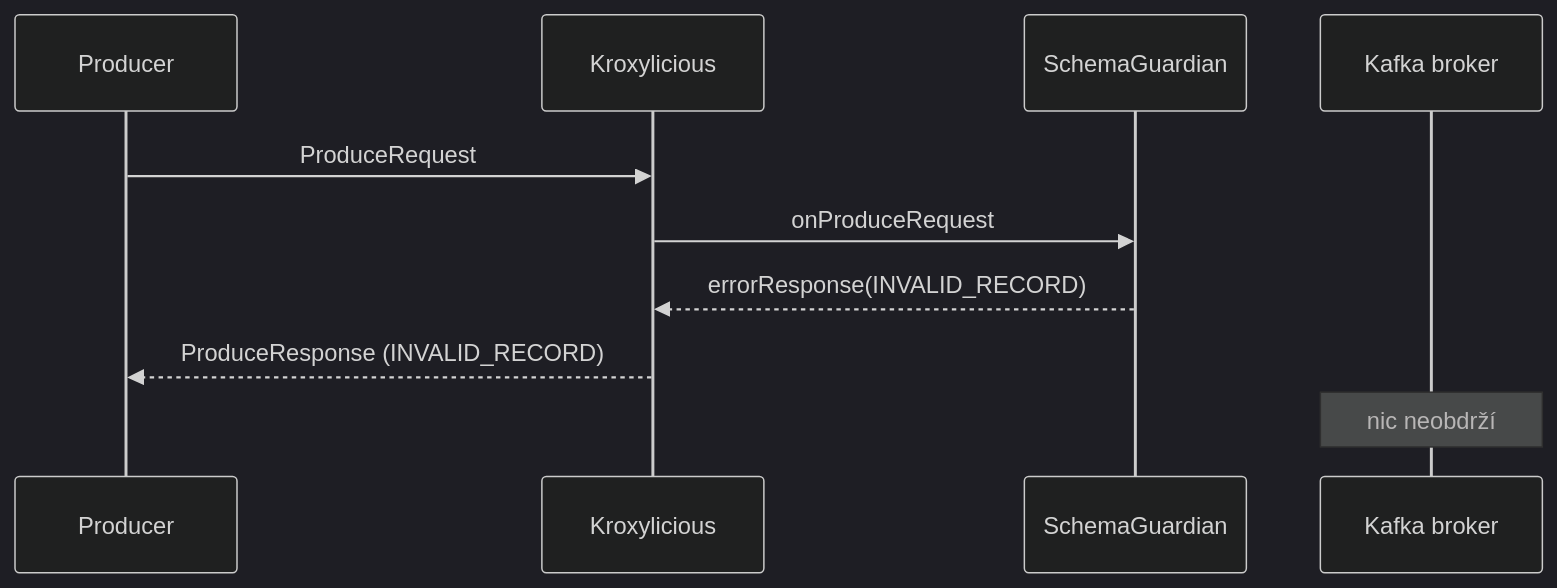
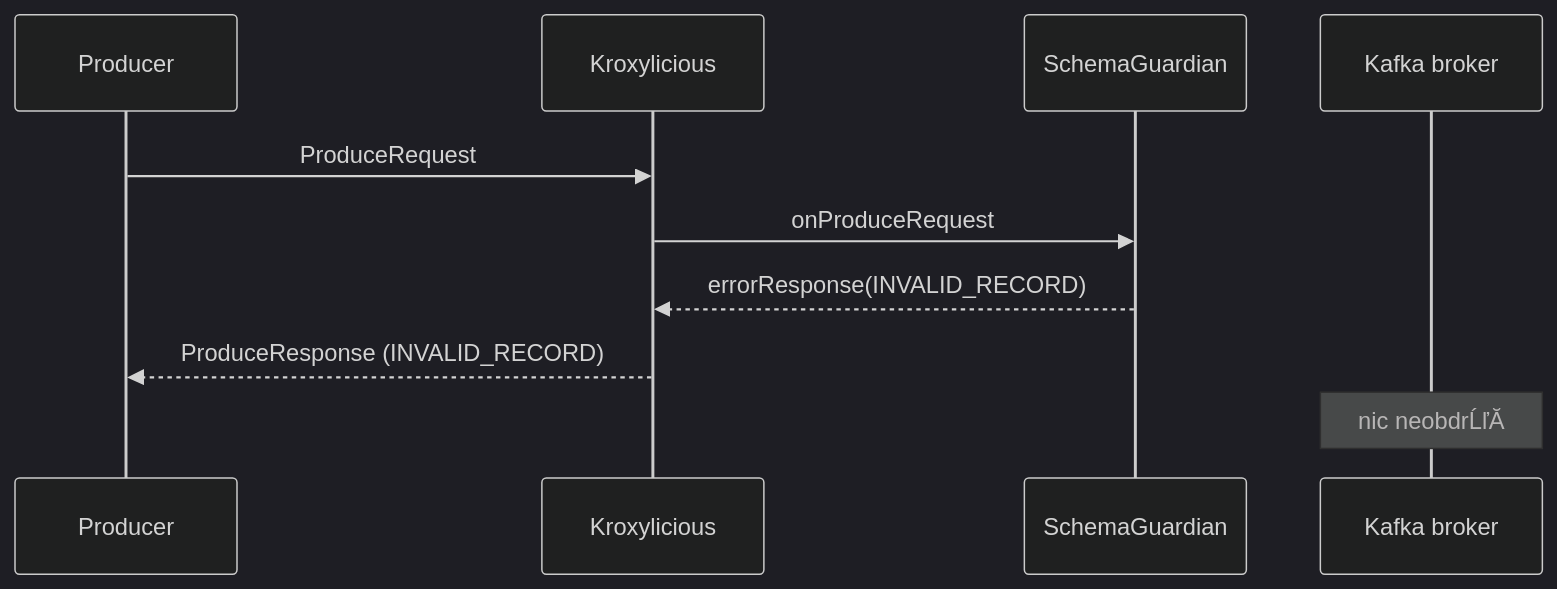
The second of 2 diagrams in README.md (janbracha/kafka-guardian), drawn with Mermaid (dark theme) before and after one commit. The commit also changed other lines of this file and 15 other files, not shown here.

Commit message:
Publish image and Helm chart to Docker Hub from GitHub Actions

````diff
--- a/README.md
+++ b/README.md
@@ -85,12 +85,12 @@
 ```mermaid
 sequenceDiagram
     participant P as Producer
     participant K as Kroxylicious
     participant G as SchemaGuardian
     participant B as Kafka broker
     P->>K: ProduceRequest
     K->>G: onProduceRequest
     G-->>K: errorResponse(INVALID_RECORD)
     K-->>P: ProduceResponse (INVALID_RECORD)
-    Note over B: nic neobdrží
+    Note over B: nic neobdrĹľĂ­
 ```
````
